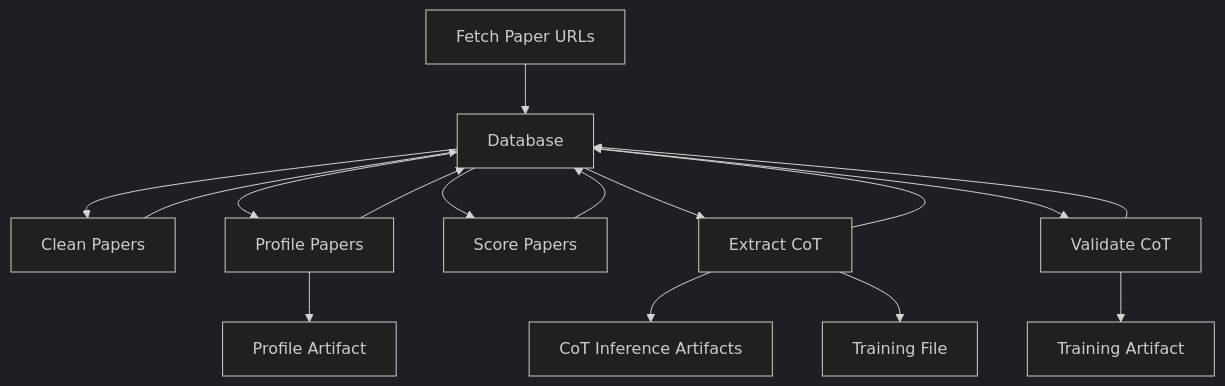
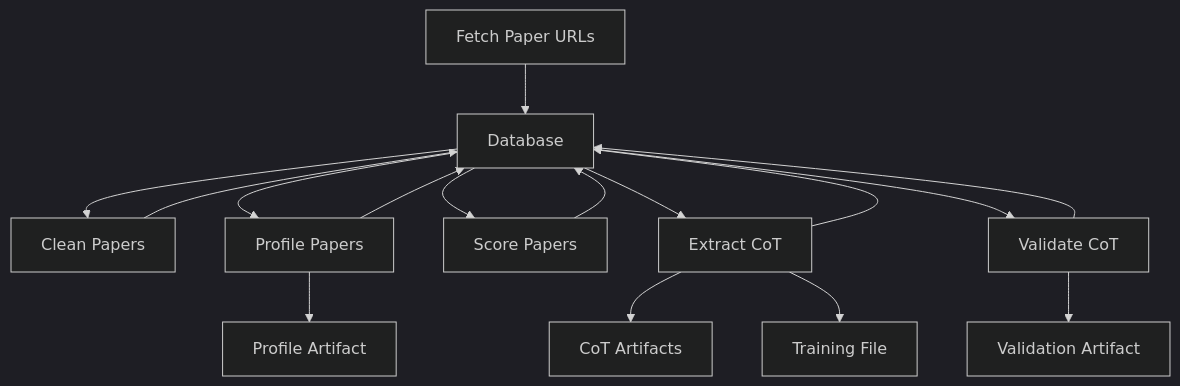
One commit to thehunmonkgroup/raspberry-paper-to-cot-pipeline changed the diagram in misc/pipeline-diagram.mmd. Above: the diagram before and after it, drawn with Mermaid (dark theme). The commit also changed 1 other file, not shown here.

```diff
--- a/misc/pipeline-diagram.mmd
+++ b/misc/pipeline-diagram.mmd
@@ -1,16 +1,16 @@
 flowchart TD
     A[Fetch Paper URLs] --> B[Database]
     B --> D[Clean Papers]
     D --> B
     B --> E[Profile Papers]
     E --> B
     B --> F[Score Papers]
     F --> B
     B --> G[Extract CoT]
     G --> B
     B --> H[Validate CoT]
     H --> B
     E --> I[Profile Artifact]
-    G --> J[CoT Inference Artifacts]
+    G --> J[CoT Artifacts]
     G --> K[Training File]
-    H --> L[Training Artifact]
+    H --> L[Validation Artifact]
```
